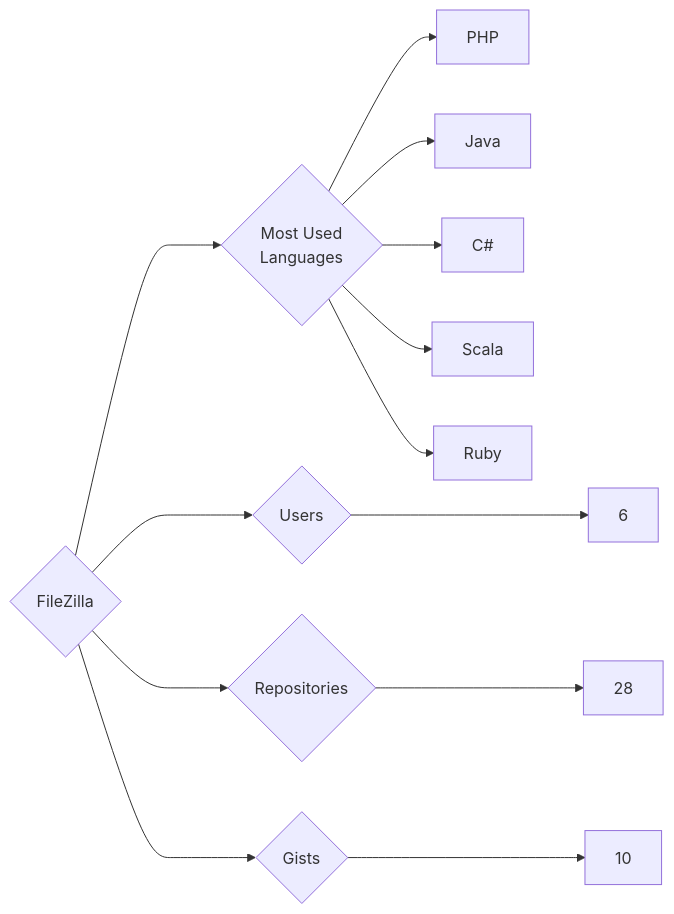
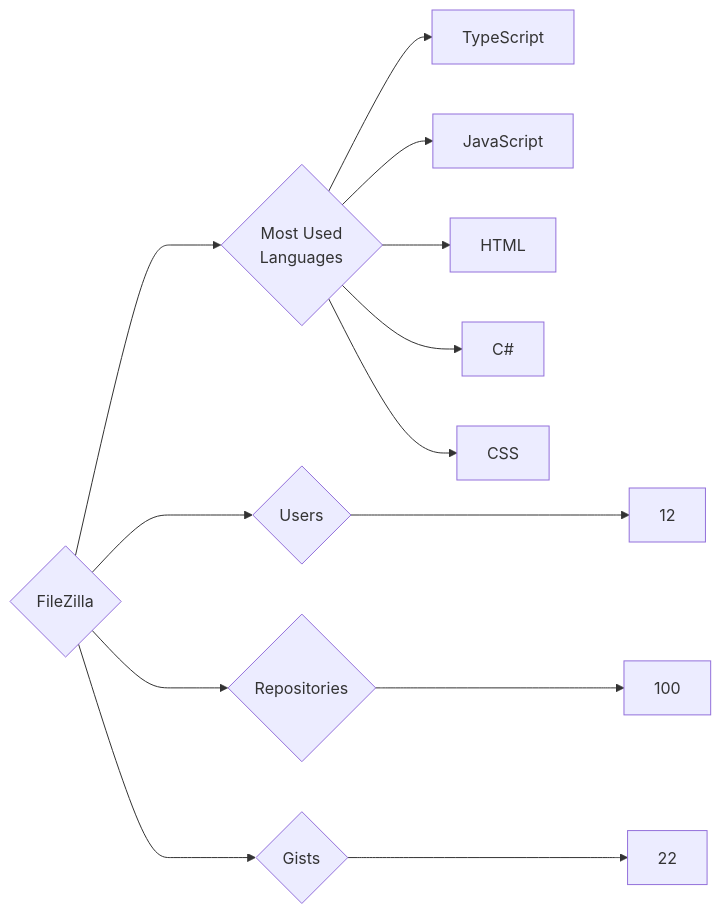
One commit to trickest/insiders changed the diagram in targets/FileZilla/README.md. Above: the diagram before and after it, drawn with Mermaid. The commit also changed 1055 other files, not shown here.

````diff
--- a/targets/FileZilla/README.md
+++ b/targets/FileZilla/README.md
@@ -3,13 +3,13 @@
 ```mermaid
 graph LR
 COMPANY_NAME{FileZilla}
-COMPANY_NAME ---> U{Users} ---> UN[6]
-COMPANY_NAME ---> R{Repositories} ---> RN[28]
-COMPANY_NAME ---> G{Gists} ---> GN[10]
+COMPANY_NAME ---> U{Users} ---> UN[12]
+COMPANY_NAME ---> R{Repositories} ---> RN[100]
+COMPANY_NAME ---> G{Gists} ---> GN[22]
 COMPANY_NAME ---> ML{Most Used<br>Languages}
-ML --> PHP[PHP]
-ML --> Java[Java]
+ML --> TypeScript[TypeScript]
+ML --> JavaScript[JavaScript]
+ML --> HTML[HTML]
 ML --> C#[C#]
-ML --> Scala[Scala]
-ML --> Ruby[Ruby]
+ML --> CSS[CSS]
 ```
````
